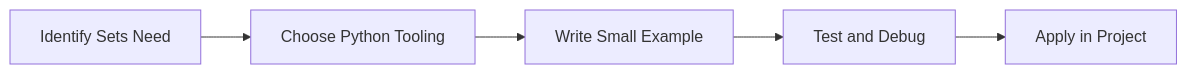
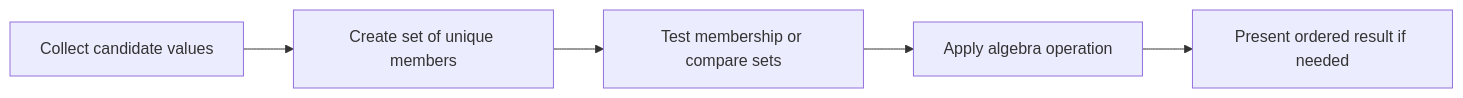
Before and after one commit to SYMOIZ/E-Learning-Portal: the diagram in Python-Mastery/Beginner/19-sets.md, drawn with Mermaid. The commit also changed other lines of this file and 116 other files, not shown here.

````diff
--- a/Python-Mastery/Beginner/19-sets.md
+++ b/Python-Mastery/Beginner/19-sets.md
@@ -121,7 +126,12 @@
 ```mermaid
 flowchart LR
-    A[Identify Sets Need] --> B[Choose Python Tooling]
-    B --> C[Write Small Example]
-    C --> D[Test and Debug]
-    D --> E[Apply in Project]
+    A[Collect candidate values]
+    B[Create set of unique members]
+    C[Test membership or compare sets]
+    D[Apply algebra operation]
+    E[Present ordered result if needed]
+    A --> B
+    B --> C
+    C --> D
+    D --> E
 ```
````
